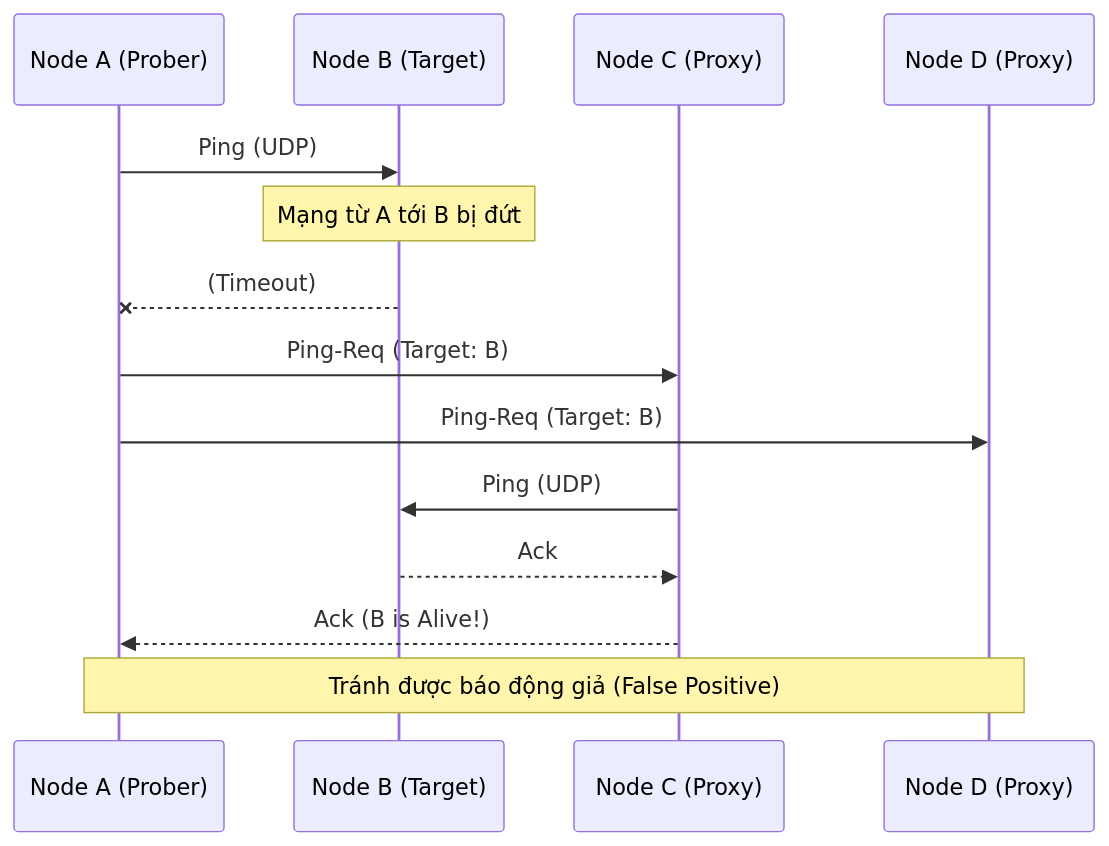
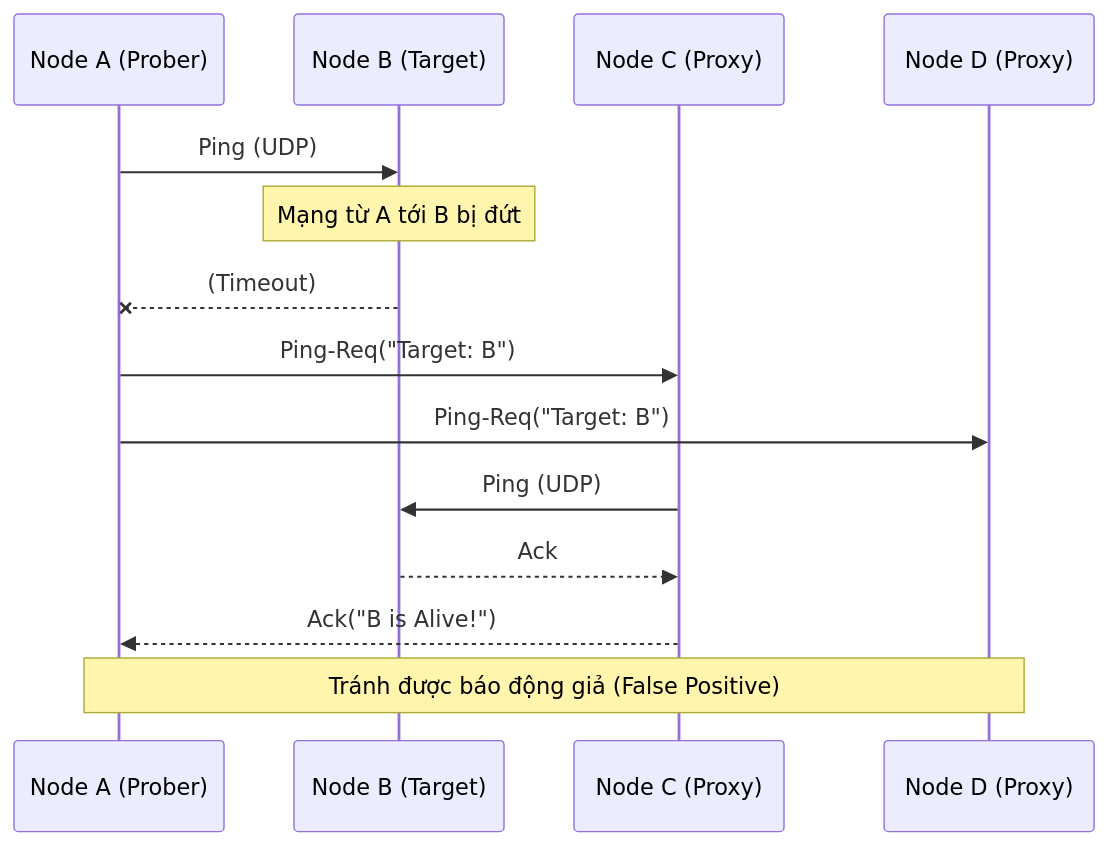
One commit to kythuatdulieu/kythuatdulieu.github.io changed the diagram in src/content/docs/concepts/1-distributed-systems-architecture/gossip-protocol.md. Above: the diagram before and after it, drawn with Mermaid. The commit also changed other lines of this file and 190 other files, not shown here.

Commit message:
fix: resolve mermaid syntax, math rendering, and metadata issues from content rewrite

````diff
--- a/src/content/docs/concepts/1-distributed-systems-architecture/gossip-protocol.md
+++ b/src/content/docs/concepts/1-distributed-systems-architecture/gossip-protocol.md
@@ -48,20 +48,20 @@
 ```mermaid
 sequenceDiagram
     participant A as Node A (Prober)
     participant B as Node B (Target)
     participant C as Node C (Proxy)
     participant D as Node D (Proxy)
 
     A->>B: Ping (UDP)
     Note over B: Mạng từ A tới B bị đứt
     B--xA: (Timeout)
     
-    A->>C: Ping-Req (Target: B)
-    A->>D: Ping-Req (Target: B)
+    A->>C: Ping-Req("Target: B")
+    A->>D: Ping-Req("Target: B")
     
     C->>B: Ping (UDP)
     B-->>C: Ack
-    C-->>A: Ack (B is Alive!)
+    C-->>A: Ack("B is Alive!")
     
     Note over A,D: Tránh được báo động giả (False Positive)
 ```
````
